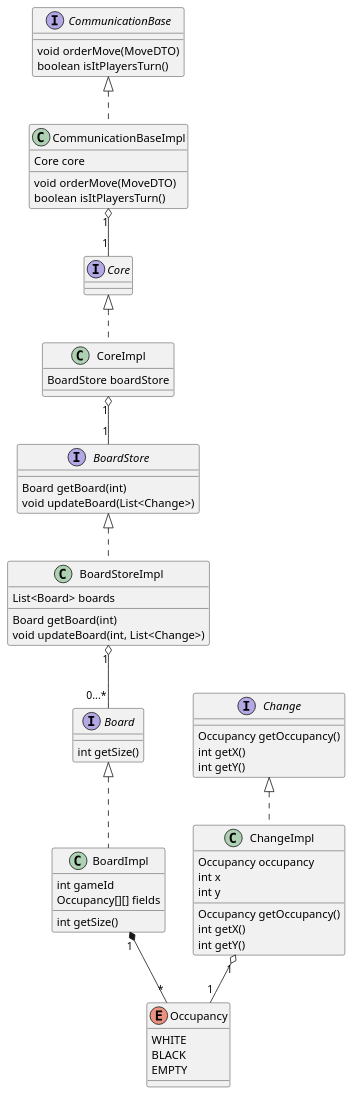
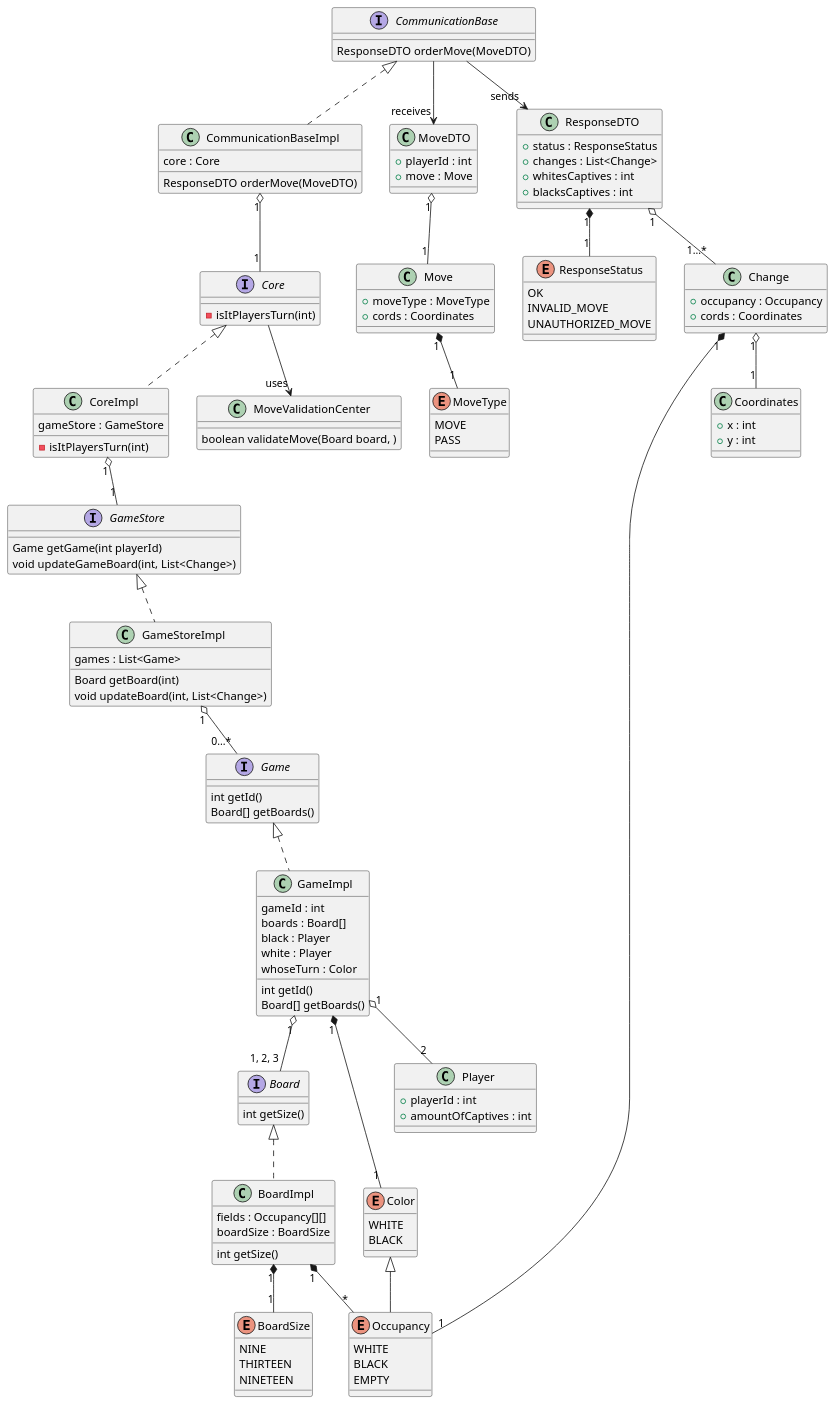
One commit to wolfthewizard/lets-go changed the diagram in lets-go.server/classDiagram.plantuml. Above: the diagram before and after it, drawn with PlantUML.

Commit message:
continued on developing server class diagram

```diff
--- a/lets-go.server/classDiagram.plantuml
+++ b/lets-go.server/classDiagram.plantuml
@@ -1,101 +1,192 @@
 @startuml
 
 interface CommunicationBase
 
-CommunicationBase : void orderMove(MoveDTO)
-CommunicationBase : boolean isItPlayersTurn()
+CommunicationBase : ResponseDTO orderMove(MoveDTO)
 
 
 
 class CommunicationBaseImpl implements CommunicationBase
 
-CommunicationBaseImpl : Core core
+CommunicationBaseImpl : core : Core
 
-CommunicationBaseImpl : void orderMove(MoveDTO)
-CommunicationBaseImpl : boolean isItPlayersTurn()
+CommunicationBaseImpl : ResponseDTO orderMove(MoveDTO)
 
 
 
 interface Core
 
+Core : -isItPlayersTurn(int)
+'todo
+
+
+class CoreImpl implements Core
+
+CoreImpl : gameStore : GameStore
+' todo
+
+CoreImpl : -isItPlayersTurn(int)
 ' todo
 
 
 
-class CoreImpl implements Core
+interface GameStore
 
-CoreImpl : BoardStore boardStore
-' todo
-
-' todo
+GameStore : Game getGame(int playerId)
+GameStore : void updateGameBoard(int, List<Change>)
 
 
 
-interface BoardStore
+class GameStoreImpl implements GameStore
 
-BoardStore : Board getBoard(int)
-BoardStore : void updateBoard(List<Change>)
+GameStoreImpl : games : List<Game>
+
+GameStoreImpl : Board getBoard(int)
+GameStoreImpl : void updateBoard(int, List<Change>)
 
 
 
-class BoardStoreImpl implements BoardStore
+interface Game
 
-BoardStoreImpl : List<Board> boards
+Game : int getId()
+'this method returns array of 3 boards: current and 2 before it
+Game : Board[] getBoards()
 
-BoardStoreImpl : Board getBoard(int)
-BoardStoreImpl : void updateBoard(int, List<Change>)
+
+
+class GameImpl implements Game
+
+GameImpl : gameId : int
+GameImpl : boards : Board[]
+GameImpl : black : Player
+GameImpl : white : Player
+GameImpl : whoseTurn : Color
+
+GameImpl : int getId()
+GameImpl : Board[] getBoards()
 
 
 
 interface Board
 
 Board : int getSize()
 
 
 
 class BoardImpl implements Board
 
-BoardImpl : int gameId
-BoardImpl : Occupancy[][] fields
+BoardImpl : fields : Occupancy[][]
+BoardImpl : boardSize : BoardSize
 
 BoardImpl : int getSize()
 
 
 
-enum Occupancy {
+enum Color {
+    WHITE
+    BLACK
+}
+
+enum Occupancy extends Color {
     WHITE
     BLACK
     EMPTY
 }
 
 
 
-interface Change
-
-Change : Occupancy getOccupancy()
-Change : int getX()
-Change : int getY()
+enum BoardSize {
+    NINE
+    THIRTEEN
+    NINETEEN
+}
 
 
 
-class ChangeImpl implements Change
+enum MoveType {
+    MOVE
+    PASS
+}
 
-ChangeImpl : Occupancy occupancy
-ChangeImpl : int x
-ChangeImpl : int y
 
-ChangeImpl : Occupancy getOccupancy()
-ChangeImpl : int getX()
-ChangeImpl : int getY()
+
+enum ResponseStatus {
+    OK
+    INVALID_MOVE
+    UNAUTHORIZED_MOVE
+}
+
+
+
+class Change
+
+Change : +occupancy : Occupancy
+Change : +cords : Coordinates
+
+
+
+class Coordinates
+
+Coordinates : +x : int
+Coordinates : +y : int
+
+
+
+class MoveDTO
+
+MoveDTO : +playerId : int
+MoveDTO : +move : Move
+
+
+
+class Move
+
+Move : +moveType : MoveType
+Move : +cords : Coordinates
+
+
+
+class ResponseDTO
+
+ResponseDTO : +status : ResponseStatus
+ResponseDTO : +changes : List<Change>
+ResponseDTO : +whitesCaptives : int
+ResponseDTO : +blacksCaptives : int
+
+
+
+class Player
+
+Player : +playerId : int
+Player : +amountOfCaptives : int
+
+
+
+'singleton class
+class MoveValidationCenter
+
+MoveValidationCenter : boolean validateMove(Board board, )
 
 
 
 
 
+CommunicationBase --> "receives" MoveDTO
+CommunicationBase --> "sends" ResponseDTO
 CommunicationBaseImpl "1" o-- "1" Core
-CoreImpl "1" o-- "1" BoardStore
-BoardStoreImpl "1" o-- "0...*" Board
+CoreImpl "1" o-- "1" GameStore
+GameStoreImpl "1" o-- "0...*" Game
+GameImpl "1" o-- "1, 2, 3" Board
+GameImpl "1" o-- "2" Player
+GameImpl "1" *-- "1" Color
 BoardImpl "1" *-- "*" Occupancy
-ChangeImpl "1" o-- "1" Occupancy
+BoardImpl "1" *-- "1" BoardSize
+Change "1" *-- "1" Occupancy
+Change "1" o-- "1" Coordinates
+Core --> "uses" MoveValidationCenter
+MoveDTO "1" o-- "1" Move
+Move "1" *-- "1" MoveType
+ResponseDTO "1" *-- "1" ResponseStatus
+ResponseDTO "1" o-- "1...*" Change
 
 @enduml
```
